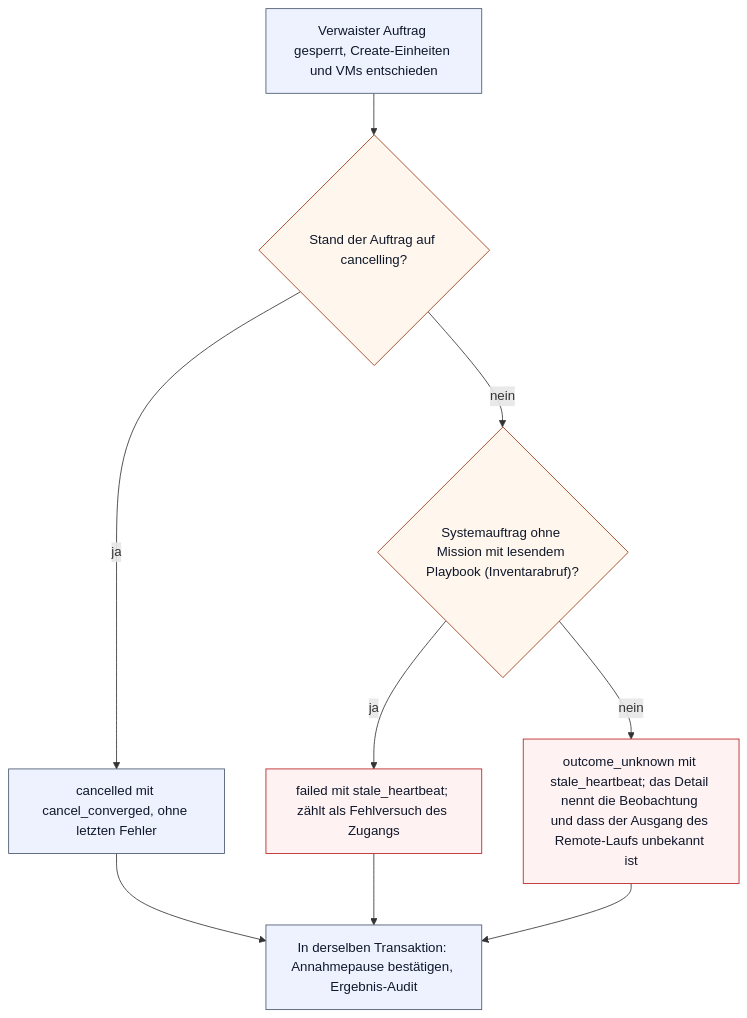
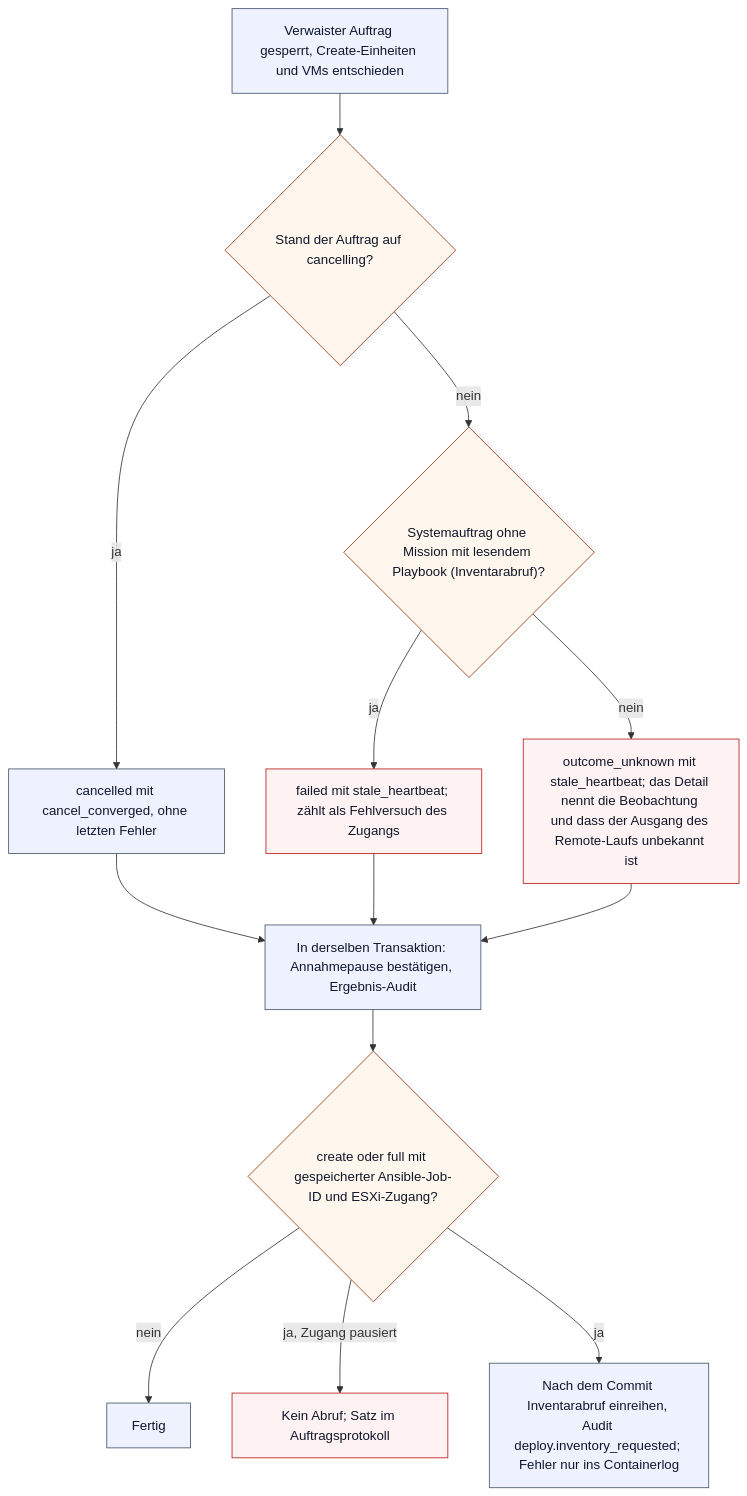
One commit to Samy94M/VirtuSphere-v2-WebApp changed the fifth of 18 diagrams in docs/operations/deploy-flows.md. Above: the diagram before and after it, drawn with Mermaid. The commit also changed other lines of this file and 24 other files, not shown here.

First line of the commit message:
TS1-K4: maintenance job failures, inventory after stale-job cleanup, service shape

````diff
--- a/docs/operations/deploy-flows.md
+++ b/docs/operations/deploy-flows.md
@@ -211,17 +211,21 @@
 ```mermaid
 flowchart TD
     decided["Verwaister Auftrag gesperrt, Create-Einheiten und VMs entschieden"] --> was{"Stand der Auftrag auf cancelling?"}
     was -->|ja| converged["cancelled mit cancel_converged, ohne letzten Fehler"]
     was -->|nein| readonly{"Systemauftrag ohne Mission mit lesendem Playbook (Inventarabruf)?"}
     readonly -->|ja| reaped["failed mit stale_heartbeat; zählt als Fehlversuch des Zugangs"]
     readonly -->|nein| unknown["outcome_unknown mit stale_heartbeat; das Detail nennt die Beobachtung und dass der Ausgang des Remote-Laufs unbekannt ist"]
     converged --> after["In derselben Transaktion: Annahmepause bestätigen, Ergebnis-Audit"]
     reaped --> after
     unknown --> after
+    after --> inv{"create oder full mit gespeicherter Ansible-Job-ID und ESXi-Zugang?"}
+    inv -->|nein| done["Fertig"]
+    inv -->|ja, Zugang pausiert| paused["Kein Abruf; Satz im Auftragsprotokoll"]
+    inv -->|ja| pull["Nach dem Commit Inventarabruf einreihen, Audit deploy.inventory_requested; Fehler nur ins Containerlog"]
     classDef step fill:#eef2ff,stroke:#475569,color:#0f172a;
     classDef decision fill:#fff7ed,stroke:#9a3412,color:#0f172a;
     classDef blocked fill:#fef2f2,stroke:#b91c1c,color:#0f172a;
-    class decided,converged,after step;
-    class was,readonly decision;
-    class reaped,unknown blocked;
+    class decided,converged,after,done,pull step;
+    class was,readonly,inv decision;
+    class reaped,unknown,paused blocked;
 ```
````
